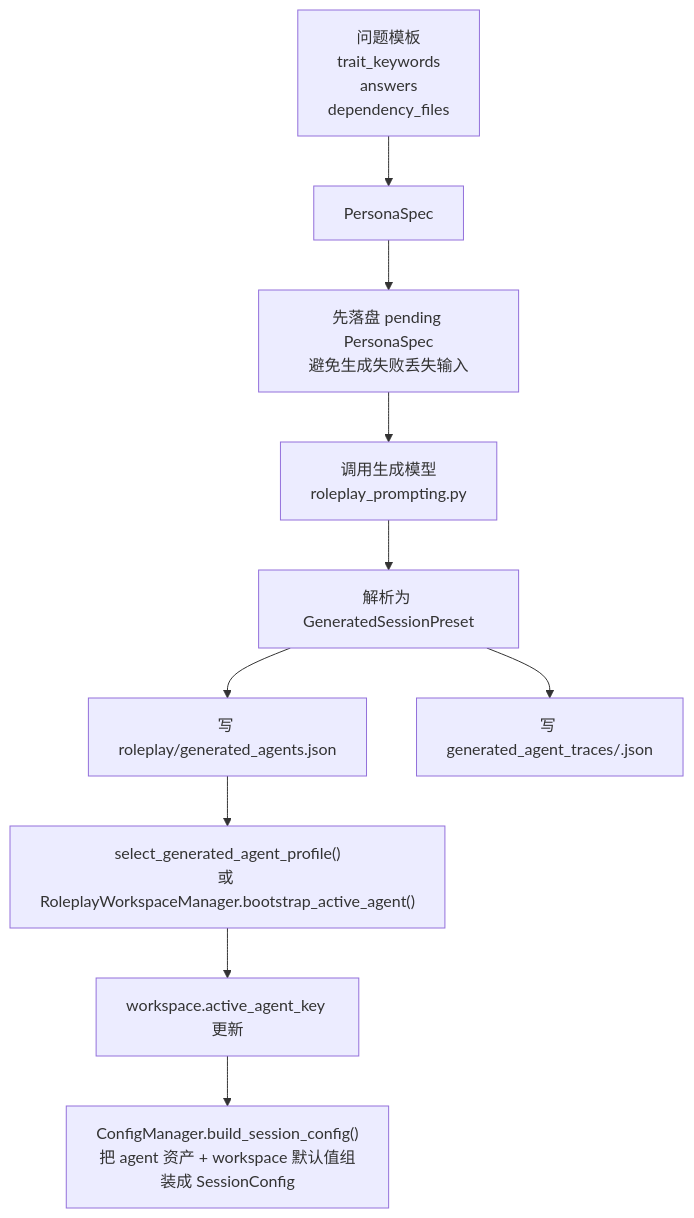
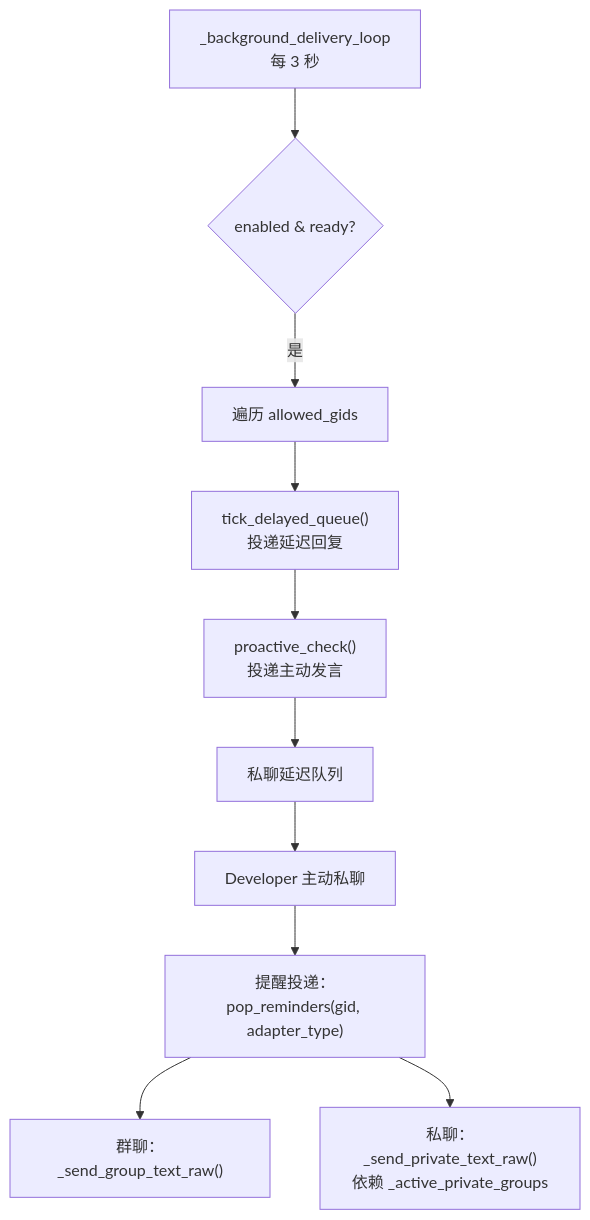
The fifth of 5 diagrams in docs/full-architecture-flow.md (Sparrived/SiriusChat), drawn with Mermaid before and after one commit. The commit also changed other lines of this file and 4 other files, not shown here.

````diff
--- a/docs/full-architecture-flow.md
+++ b/docs/full-architecture-flow.md
@@ -257,12 +211,12 @@
 ```mermaid
 flowchart TD
-  A["问题模板\ntrait_keywords\nanswers\ndependency_files"] --> B["PersonaSpec"]
-  B --> C["先落盘 pending PersonaSpec\n避免生成失败丢失输入"]
-  C --> D["调用生成模型\nroleplay_prompting.py"]
-  D --> E["解析为 GeneratedSessionPreset"]
-  E --> F["写 roleplay/generated_agents.json"]
-  E --> G["写 generated_agent_traces/<agent_key>.json"]
-  F --> H["select_generated_agent_profile()\n或 RoleplayWorkspaceManager.bootstrap_active_agent()"]
-  H --> I["workspace.active_agent_key 更新"]
-  I --> J["ConfigManager.build_session_config()\n把 agent 资产 + workspace 默认值组装成 SessionConfig"]
+    A["_background_delivery_loop\n每 3 秒"] --> B{"enabled & ready?"}
+    B -->|是| C["遍历 allowed_gids"]
+    C --> D["tick_delayed_queue()\n投递延迟回复"]
+    D --> E["proactive_check()\n投递主动发言"]
+    E --> F["私聊延迟队列"]
+    F --> G["Developer 主动私聊"]
+    G --> H["提醒投递：pop_reminders(gid, adapter_type)"]
+    H --> I["群聊：_send_group_text_raw()"]
+    H --> J["私聊：_send_private_text_raw()\n依赖 _active_private_groups"]
 ```
````
